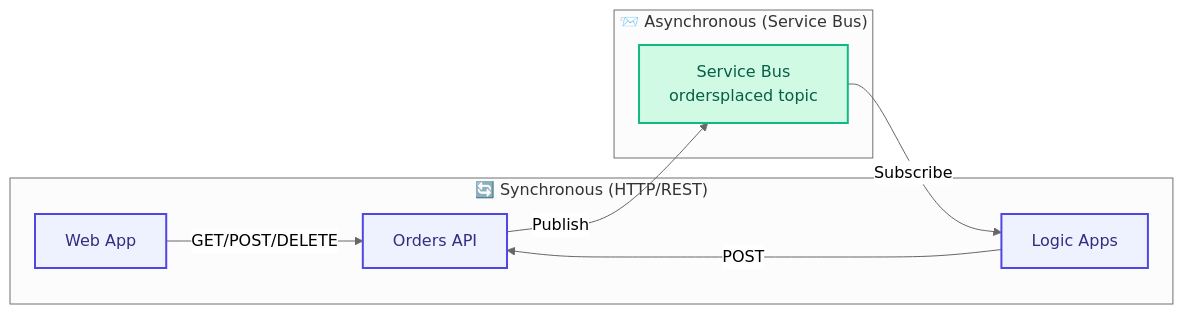
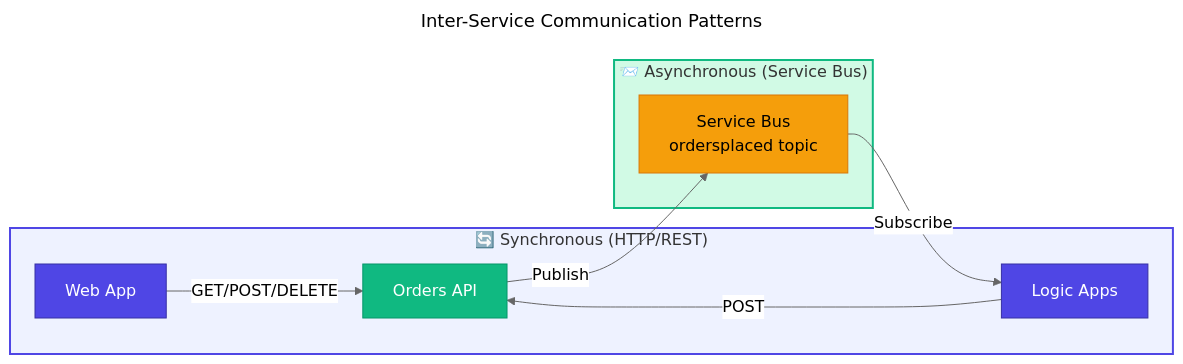
The sixth of 6 diagrams in docs/architecture/03-application-architecture.md (Evilazaro/Azure-LogicApps-Monitoring), drawn with Mermaid (neutral theme) before and after one commit. The commit also changed other lines of this file, not shown here.

Commit message:
docs: Enhance mermaid diagrams with titles and improved styling for better clarity and organization across application architecture documentation

````diff
--- a/docs/architecture/03-application-architecture.md
+++ b/docs/architecture/03-application-architecture.md
@@ -470,28 +539,42 @@
 ```mermaid
+---
+title: Inter-Service Communication Patterns
+---
 flowchart LR
-    %% Inter-Service Communication Patterns
+    %% ===== CLASS DEFINITIONS =====
+    classDef primary fill:#4F46E5,stroke:#3730A3,color:#FFFFFF
+    classDef secondary fill:#10B981,stroke:#059669,color:#FFFFFF
+    classDef datastore fill:#F59E0B,stroke:#D97706,color:#000000
+    classDef external fill:#6B7280,stroke:#4B5563,color:#FFFFFF,stroke-dasharray: 5 5
+    classDef failed fill:#F44336,stroke:#C62828,color:#FFFFFF
+    classDef trigger fill:#818CF8,stroke:#4F46E5,color:#FFFFFF
+    classDef decision fill:#FFFBEB,stroke:#F59E0B,color:#000000
+    classDef input fill:#F3F4F6,stroke:#6B7280,color:#000000
+
+    %% ===== SYNCHRONOUS LAYER =====
     subgraph Sync["🔄 Synchronous (HTTP/REST)"]
         Web["Web App"]
         API["Orders API"]
         LA["Logic Apps"]
     end
+    style Sync fill:#EEF2FF,stroke:#4F46E5,stroke-width:2px
 
+    %% ===== ASYNCHRONOUS LAYER =====
     subgraph Async["📨 Asynchronous (Service Bus)"]
         SB["Service Bus<br/>ordersplaced topic"]
     end
+    style Async fill:#D1FAE5,stroke:#10B981,stroke-width:2px
 
-    %% Sync connections
+    %% ===== SYNC CONNECTIONS =====
     Web -->|"GET/POST/DELETE"| API
     LA -->|"POST"| API
 
-    %% Async connections
+    %% ===== ASYNC CONNECTIONS =====
     API -->|"Publish"| SB
     SB -->|"Subscribe"| LA
 
-    %% Modern color palette - WCAG AA compliant
-    classDef sync fill:#EEF2FF,stroke:#4F46E5,stroke-width:2px,color:#312E81
-    classDef async fill:#D1FAE5,stroke:#10B981,stroke-width:2px,color:#065F46
-
-    class Web,API,LA sync
-    class SB async
+    %% ===== NODE CLASSES =====
+    class Web,LA primary
+    class API secondary
+    class SB datastore
 ```
````
